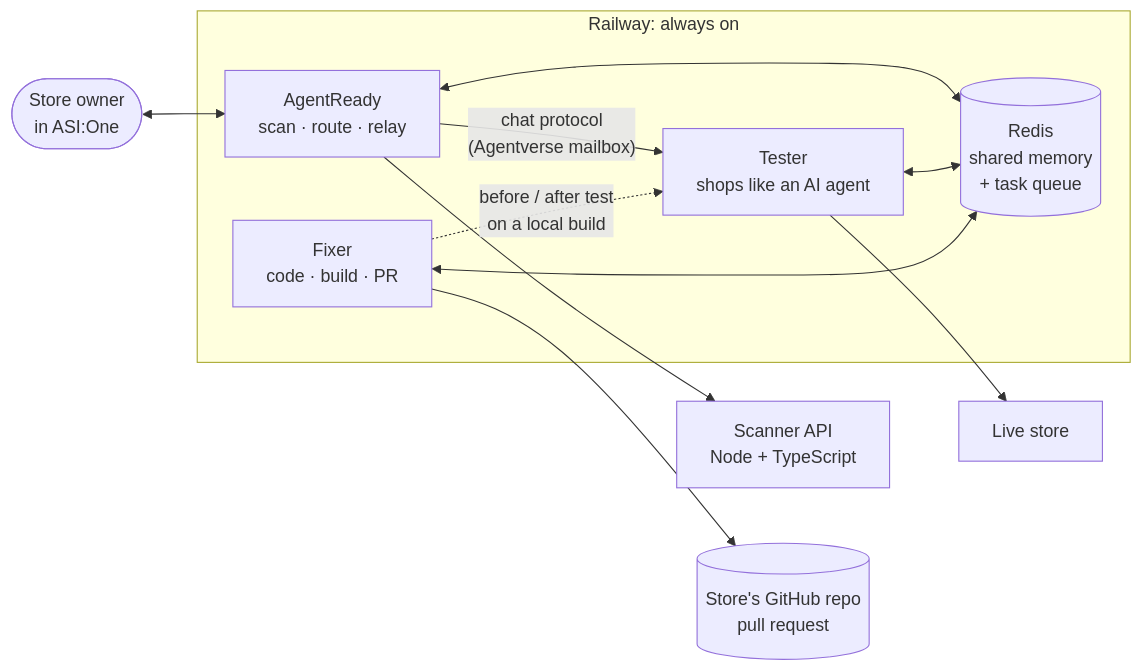
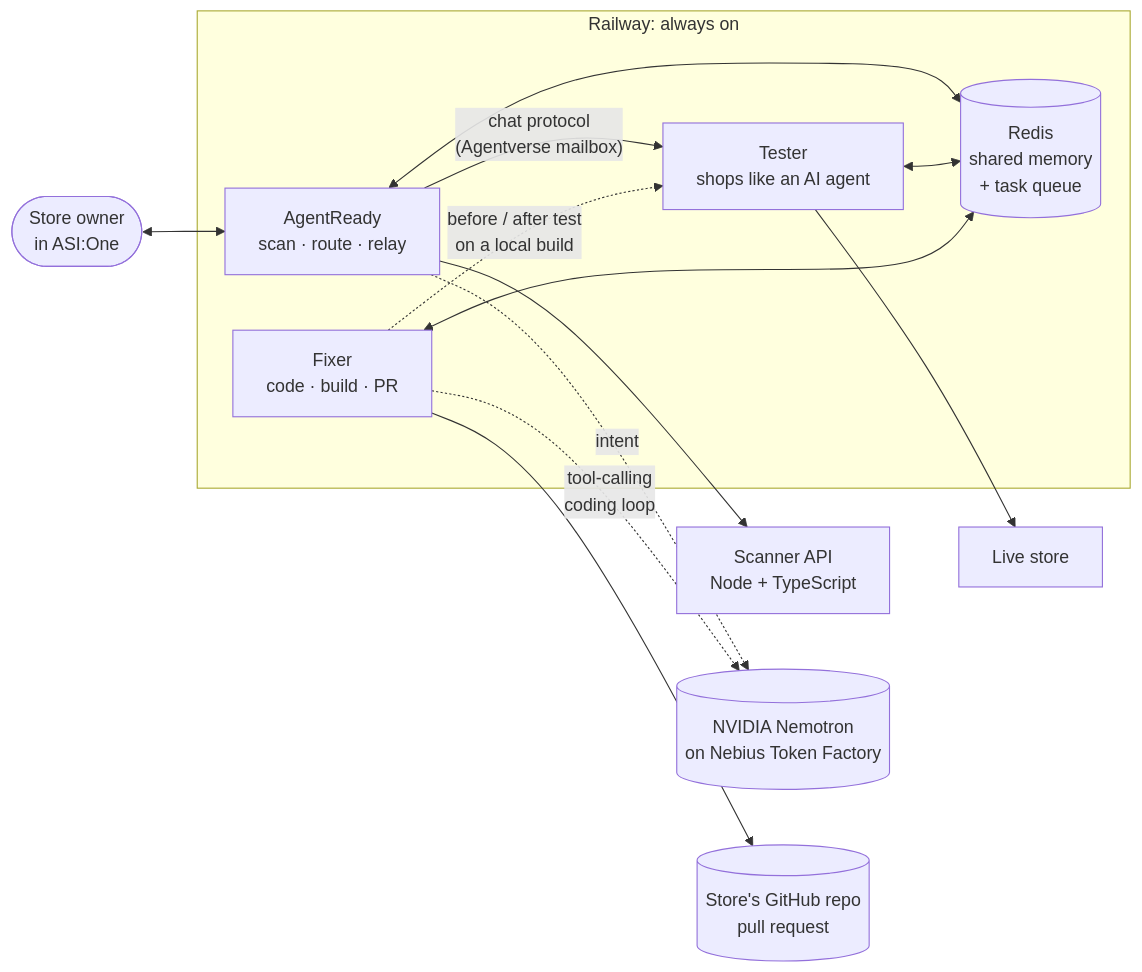
The diagram in README.md (Nisarg004/Agent_Ready), drawn with Mermaid before and after one commit. The commit also changed other lines of this file and 9 other files, not shown here.

First line of the commit message:
Agents think with NVIDIA Nemotron on Nebius Token Factory

````diff
--- a/README.md
+++ b/README.md
@@ -100,20 +104,22 @@
 ```mermaid
 flowchart LR
     U([Store owner<br/>in ASI:One]) <--> AR
 
     subgraph Railway["Railway: always on"]
         AR[AgentReady<br/>scan · route · relay]
         T[Tester<br/>shops like an AI agent]
         F[Fixer<br/>code · build · PR]
         R[(Redis<br/>shared memory<br/>+ task queue)]
         AR <--> R
         T <--> R
         F <--> R
     end
 
     AR -- "chat protocol<br/>(Agentverse mailbox)" --> T
     AR --> API[Scanner API<br/>Node + TypeScript]
+    AR -. "intent" .-> NB[(NVIDIA Nemotron<br/>on Nebius Token Factory)]
+    F -. "tool-calling<br/>coding loop" .-> NB
     F --> GH[(Store's GitHub repo<br/>pull request)]
     F -. "before / after test<br/>on a local build" .-> T
     T --> S[Live store]
 ```
````
